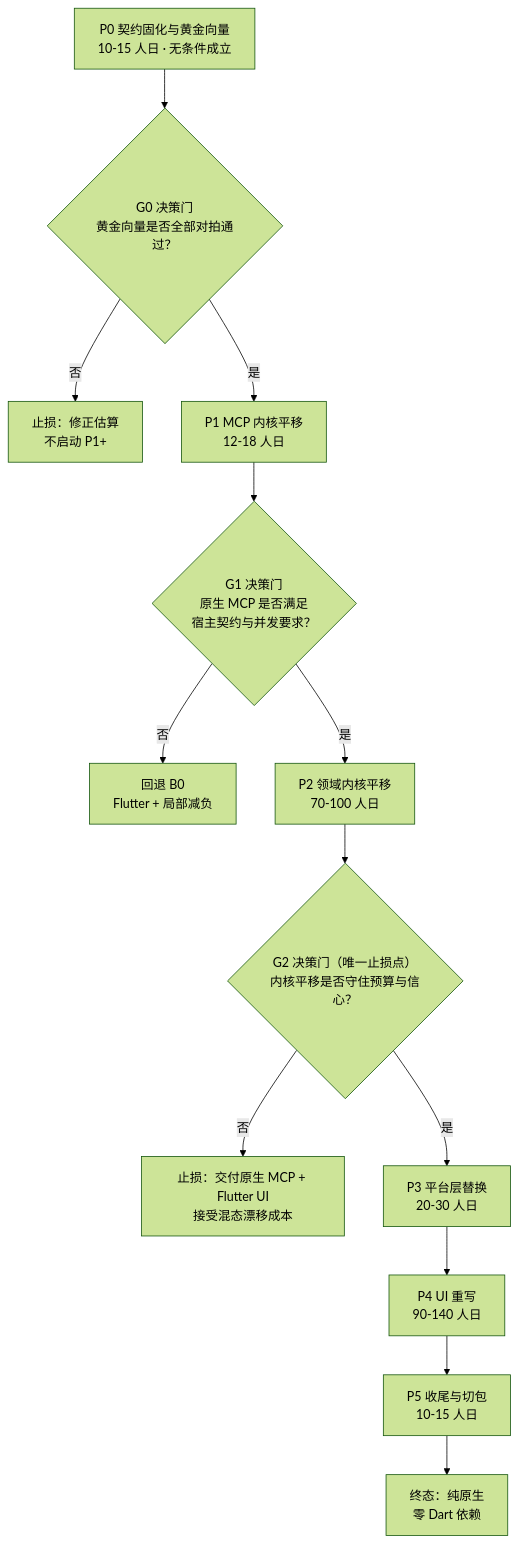
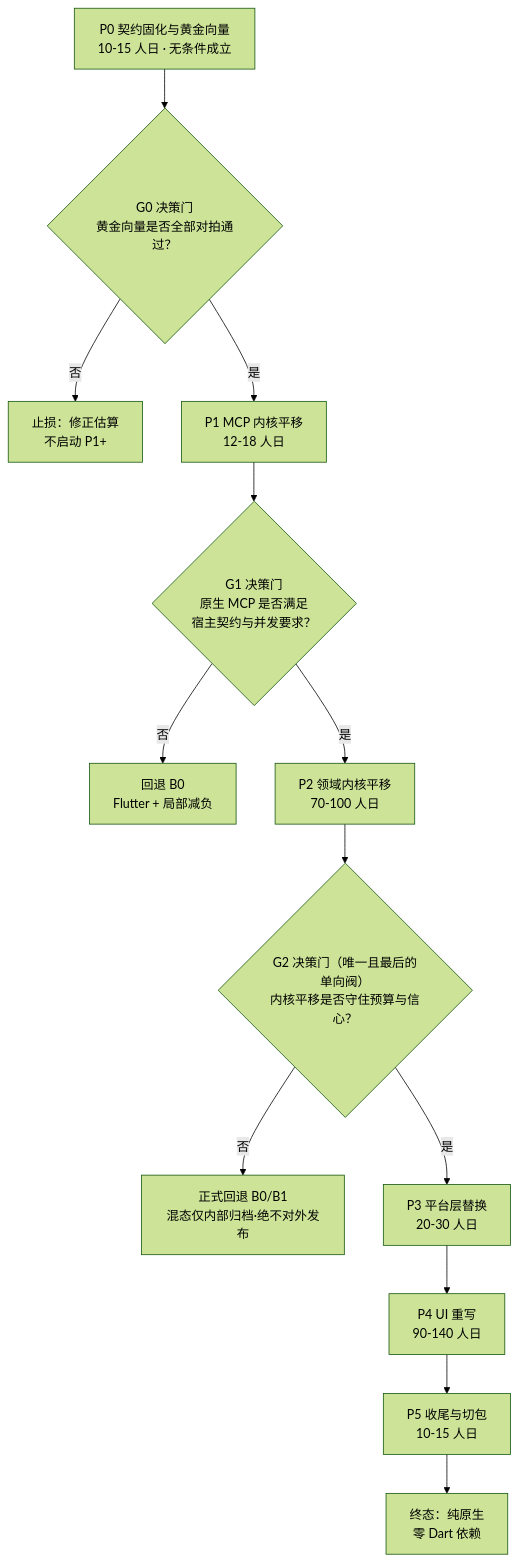
One commit to loveheng/goodtime changed the diagram in docs/design/native-migration.md. Above: the diagram before and after it, drawn with Mermaid (forest theme). The commit also changed other lines of this file and 694 other files, not shown here.

````diff
--- a/docs/design/native-migration.md
+++ b/docs/design/native-migration.md
@@ -186,15 +193,15 @@
 ```mermaid
 flowchart TD
     P0["P0 契约固化与黄金向量<br/>10-15 人日 · 无条件成立"] --> G0
     G0{"G0 决策门<br/>黄金向量是否全部对拍通过？"} -->|否| STOP0["止损：修正估算<br/>不启动 P1+"]
     G0 -->|是| P1["P1 MCP 内核平移<br/>12-18 人日"]
     P1 --> G1
     G1{"G1 决策门<br/>原生 MCP 是否满足<br/>宿主契约与并发要求？"} -->|否| B0["回退 B0<br/>Flutter + 局部减负"]
     G1 -->|是| P2["P2 领域内核平移<br/>70-100 人日"]
     P2 --> G2
-    G2{"G2 决策门（唯一止损点）<br/>内核平移是否守住预算与信心？"} -->|否| MIX["止损：交付原生 MCP + Flutter UI<br/>接受混态漂移成本"]
+    G2{"G2 决策门（唯一且最后的单向阀）<br/>内核平移是否守住预算与信心？"} -->|否| ROLLBACK["正式回退 B0/B1<br/>混态仅内部归档·绝不对外发布"]
     G2 -->|是| P3["P3 平台层替换<br/>20-30 人日"]
     P3 --> P4["P4 UI 重写<br/>90-140 人日"]
     P4 --> P5["P5 收尾与切包<br/>10-15 人日"]
     P5 --> DONE["终态：纯原生<br/>零 Dart 依赖"]
 ```
````
